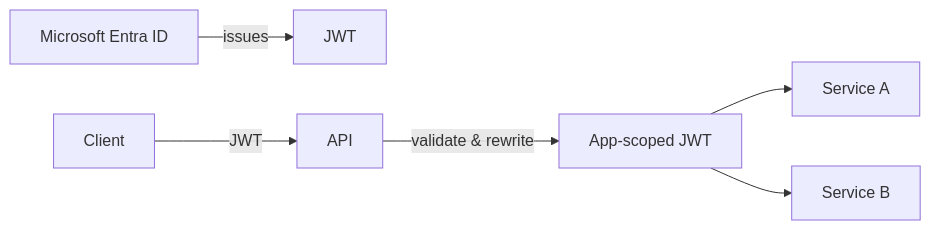
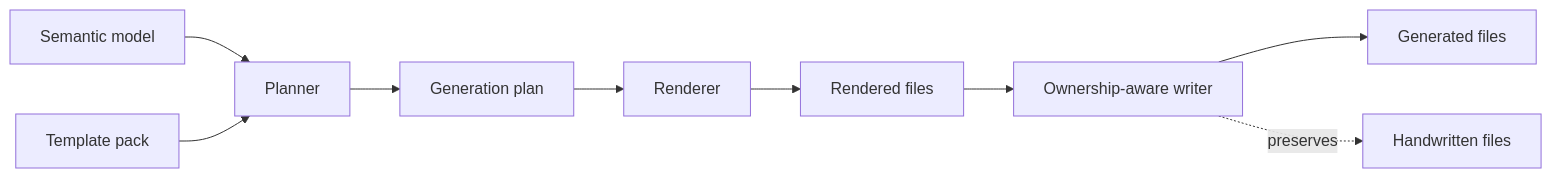
One commit to Allann/Modeller.Next changed the sixth of 8 diagrams in docs/architecture/architecture-101.md. Above: the diagram before and after it, drawn with Mermaid. The commit also changed other lines of this file and 22 other files, not shown here.

````diff
--- a/docs/architecture/architecture-101.md
+++ b/docs/architecture/architecture-101.md
@@ -247,8 +192,11 @@
 ```mermaid
 graph LR
-    EntraID[Microsoft Entra ID] -- issues --> JWT[JWT]
-    Client -- JWT --> API
-    API -- validate & rewrite --> AppJWT[App-scoped JWT]
-    AppJWT --> SvcA[Service A]
-    AppJWT --> SvcB[Service B]
+    Model[Semantic model] --> Planner
+    Pack[Template pack] --> Planner
+    Planner --> Plan[Generation plan]
+    Plan --> Renderer
+    Renderer --> Files[Rendered files]
+    Files --> Writer[Ownership-aware writer]
+    Writer --> Generated[Generated files]
+    Writer -. preserves .-> Owned[Handwritten files]
 ```
````
